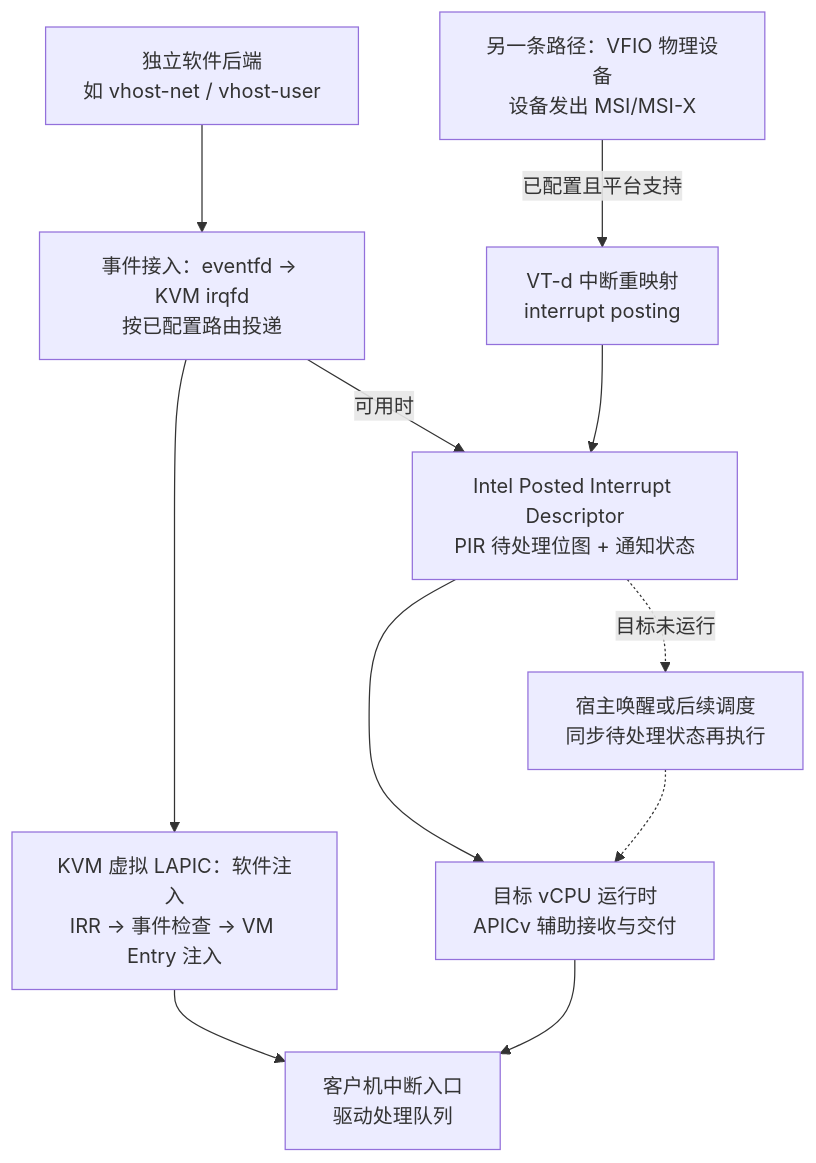
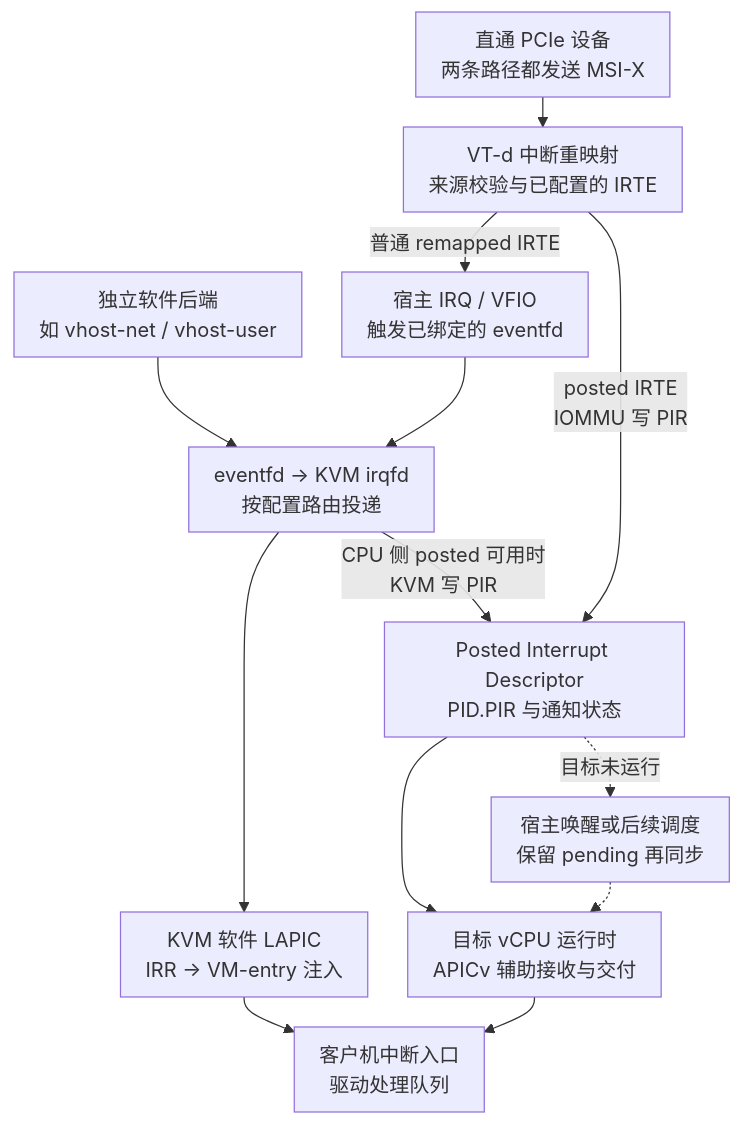
The diagram in virt_report/content/diagrams/interrupt-acceleration-layers.mmd (taifuer/virt_report), drawn with Mermaid before and after one commit. The commit also changed 181 other files, not shown here.

```diff
--- a/virt_report/content/diagrams/interrupt-acceleration-layers.mmd
+++ b/virt_report/content/diagrams/interrupt-acceleration-layers.mmd
@@ -1,13 +1,16 @@
+%%{init: {"flowchart": {"rankSpacing": 24, "nodeSpacing": 32, "padding": 10}}}%%
 flowchart TB
   accTitle: irqfd、APICv 与直通设备 interrupt posting 的不同位置
-  accDescr: 软件后端可以通过 irqfd 进入 KVM 路由，再使用软件注入或 APICv posted 路径。满足条件的 Intel VT-d 直通设备可由 IOMMU 写入 posted 描述符。阻塞或抢占状态仍需宿主调度配合。
-  BACK["独立软件后端<br/>如 vhost-net / vhost-user"] --> EVENT["事件接入：eventfd → KVM irqfd<br/>按已配置路由投递"]
-  EVENT --> SW["KVM 虚拟 LAPIC：软件注入<br/>IRR → 事件检查 → VM Entry 注入"]
-  EVENT -->|可用时| PI["Intel Posted Interrupt Descriptor<br/>PIR 待处理位图 + 通知状态"]
-  DEV["另一条路径：VFIO 物理设备<br/>设备发出 MSI/MSI-X"] -->|已配置且平台支持| IOMMU["VT-d 中断重映射<br/>interrupt posting"]
-  IOMMU --> PI
+  accDescr: 直通设备两条路径都发送 MSI-X。普通 IRTE 经宿主 VFIO 和 irqfd 进入 KVM，posted IRTE 由 IOMMU 直接写 PID.PIR。软件后端同样可经 irqfd 进入 KVM，再使用软件注入或由 KVM 写 PIR。路由由平台能力和配置决定，vCPU 暂时未运行不等于自动切回普通 IRTE。
+  BACK["独立软件后端<br/>如 vhost-net / vhost-user"] --> EVENT["eventfd → KVM irqfd<br/>按配置路由投递"]
+  EVENT --> SW["KVM 软件 LAPIC<br/>IRR → VM-entry 注入"]
+  EVENT -->|CPU 侧 posted 可用时<br/>KVM 写 PIR| PI["Posted Interrupt Descriptor<br/>PID.PIR 与通知状态"]
+  DEV["直通 PCIe 设备<br/>两条路径都发送 MSI-X"] --> IOMMU["VT-d 中断重映射<br/>来源校验与已配置的 IRTE"]
+  IOMMU -->|普通 remapped IRTE| VFIO["宿主 IRQ / VFIO<br/>触发已绑定的 eventfd"]
+  VFIO --> EVENT
+  IOMMU -->|posted IRTE<br/>IOMMU 写 PIR| PI
   PI --> HW["目标 vCPU 运行时<br/>APICv 辅助接收与交付"]
   SW --> GUEST["客户机中断入口<br/>驱动处理队列"]
   HW --> GUEST
-  PI -.->|目标未运行| SCHED["宿主唤醒或后续调度<br/>同步待处理状态再执行"]
+  PI -.->|目标未运行| SCHED["宿主唤醒或后续调度<br/>保留 pending 再同步"]
   SCHED -.-> HW
```
